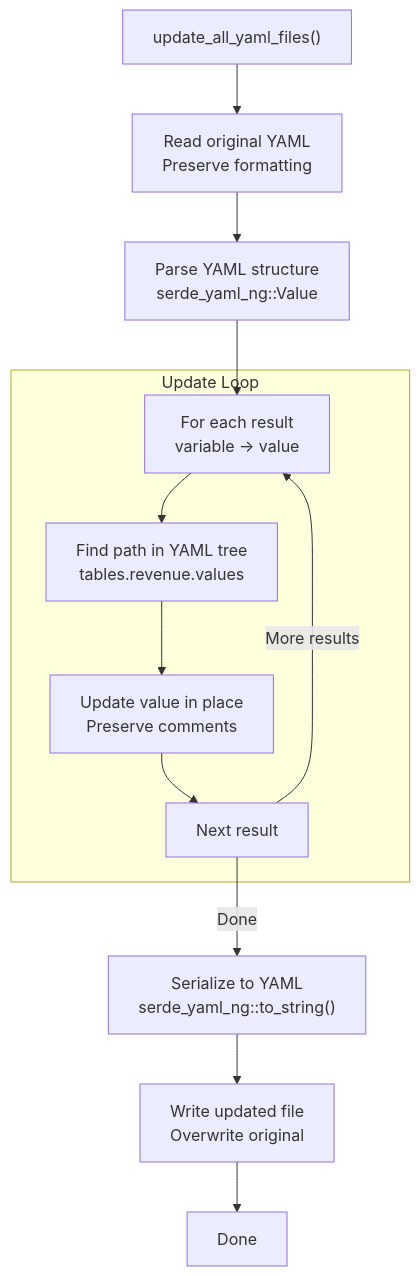
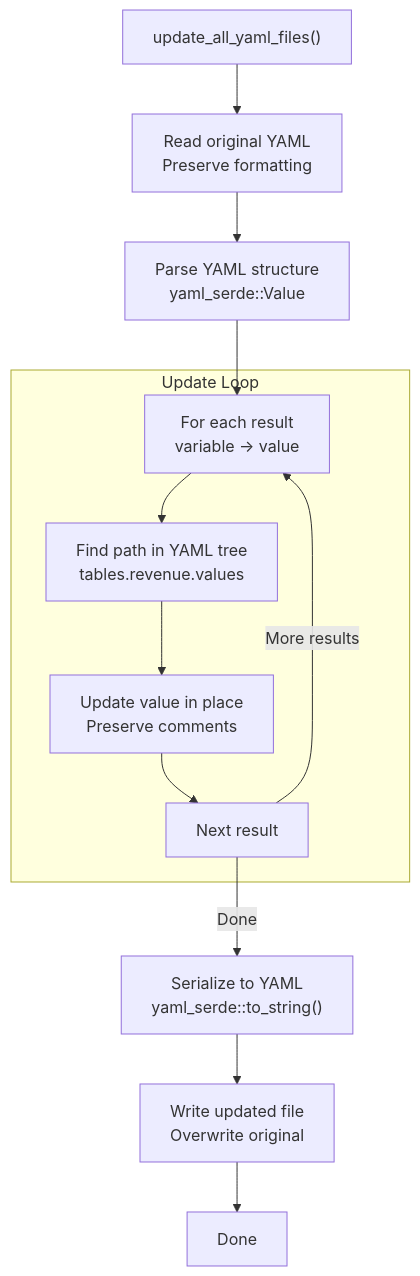
The seventh of 12 diagrams in docs/architecture/01-COMPONENT-ARCHITECTURE.md (mollendorff-ai/forge), drawn with Mermaid before and after one commit. The commit also changed other lines of this file and 29 other files, not shown here.

First line of the commit message:
Replace serde_yaml_ng with yaml_serde to drop unmaintained unsafe-libyaml

````diff
--- a/docs/architecture/01-COMPONENT-ARCHITECTURE.md
+++ b/docs/architecture/01-COMPONENT-ARCHITECTURE.md
@@ -734,28 +734,28 @@
 ```mermaid
 graph TB
     Start["update_all_yaml_files()"]
     ReadOriginal["Read original YAML<br/>Preserve formatting"]
-    ParseStructure["Parse YAML structure<br/>serde_yaml_ng::Value"]
+    ParseStructure["Parse YAML structure<br/>yaml_serde::Value"]
 
     subgraph "Update Loop"
         GetResult["For each result<br/>variable → value"]
         FindPath["Find path in YAML tree<br/>tables.revenue.values"]
         UpdateValue["Update value in place<br/>Preserve comments"]
         NextResult["Next result"]
     end
 
-    Serialize["Serialize to YAML<br/>serde_yaml_ng::to_string()"]
+    Serialize["Serialize to YAML<br/>yaml_serde::to_string()"]
     WriteFile["Write updated file<br/>Overwrite original"]
     Done["Done"]
 
     Start --> ReadOriginal
     ReadOriginal --> ParseStructure
     ParseStructure --> GetResult
     GetResult --> FindPath
     FindPath --> UpdateValue
     UpdateValue --> NextResult
     NextResult -->|More results| GetResult
     NextResult -->|Done| Serialize
     Serialize --> WriteFile
     WriteFile --> Done
 ```
````
